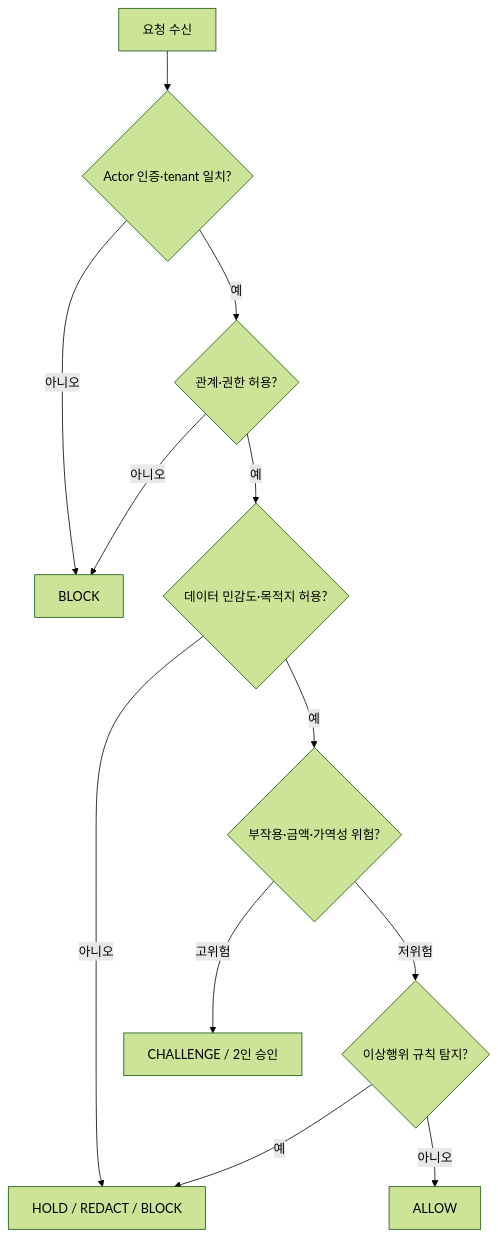
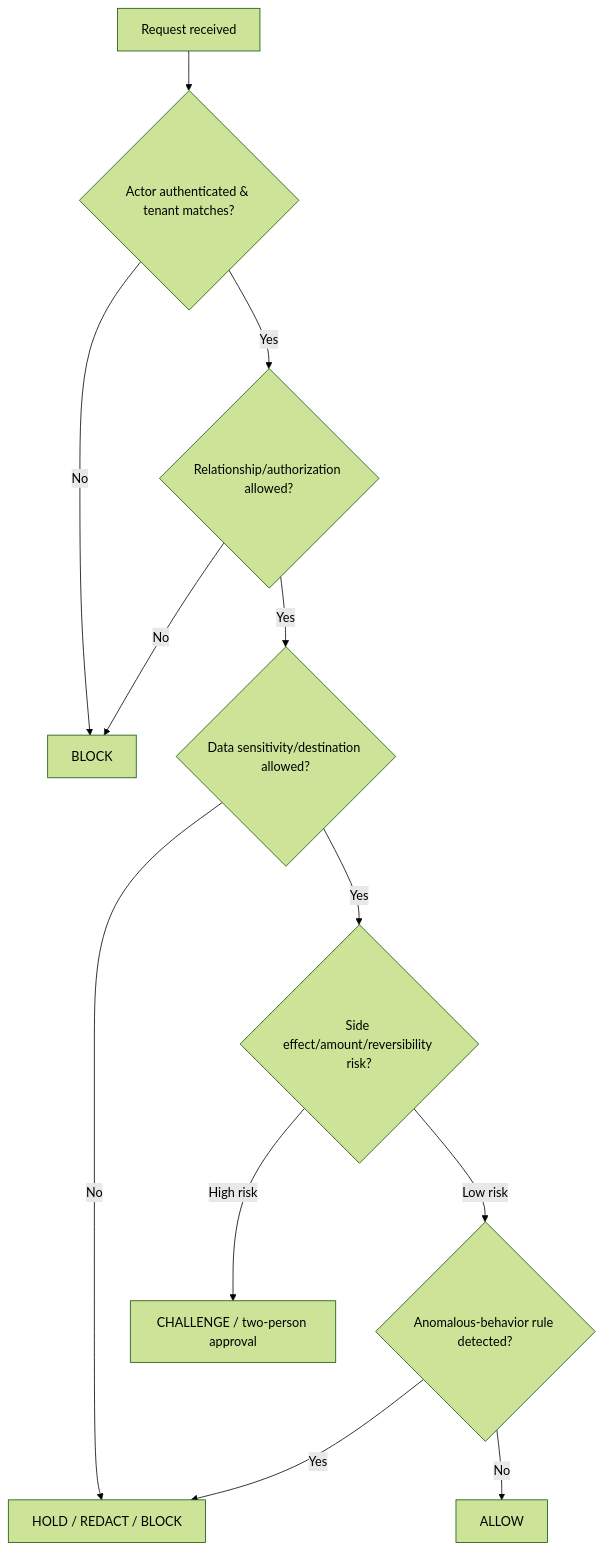
Before and after one commit to jjongkwann/agent-interlock: the third of 4 diagrams in docs/01-project-plan.md, drawn with Mermaid (forest theme). The commit also changed other lines of this file and 34 other files, not shown here.

````diff
--- a/docs/01-project-plan.md
+++ b/docs/01-project-plan.md
@@ -709,14 +711,14 @@
 ```mermaid
 flowchart TD
-    A["요청 수신"] --> B{"Actor 인증·tenant 일치?"}
-    B -->|아니오| X["BLOCK"]
-    B -->|예| C{"관계·권한 허용?"}
-    C -->|아니오| X
-    C -->|예| D{"데이터 민감도·목적지 허용?"}
-    D -->|아니오| H["HOLD / REDACT / BLOCK"]
-    D -->|예| E{"부작용·금액·가역성 위험?"}
-    E -->|고위험| F["CHALLENGE / 2인 승인"]
-    E -->|저위험| G{"이상행위 규칙 탐지?"}
-    G -->|예| H
-    G -->|아니오| I["ALLOW"]
+    A["Request received"] --> B{"Actor authenticated & tenant matches?"}
+    B -->|No| X["BLOCK"]
+    B -->|Yes| C{"Relationship/authorization allowed?"}
+    C -->|No| X
+    C -->|Yes| D{"Data sensitivity/destination allowed?"}
+    D -->|No| H["HOLD / REDACT / BLOCK"]
+    D -->|Yes| E{"Side effect/amount/reversibility risk?"}
+    E -->|High risk| F["CHALLENGE / two-person approval"]
+    E -->|Low risk| G{"Anomalous-behavior rule detected?"}
+    G -->|Yes| H
+    G -->|No| I["ALLOW"]
 ```
````
